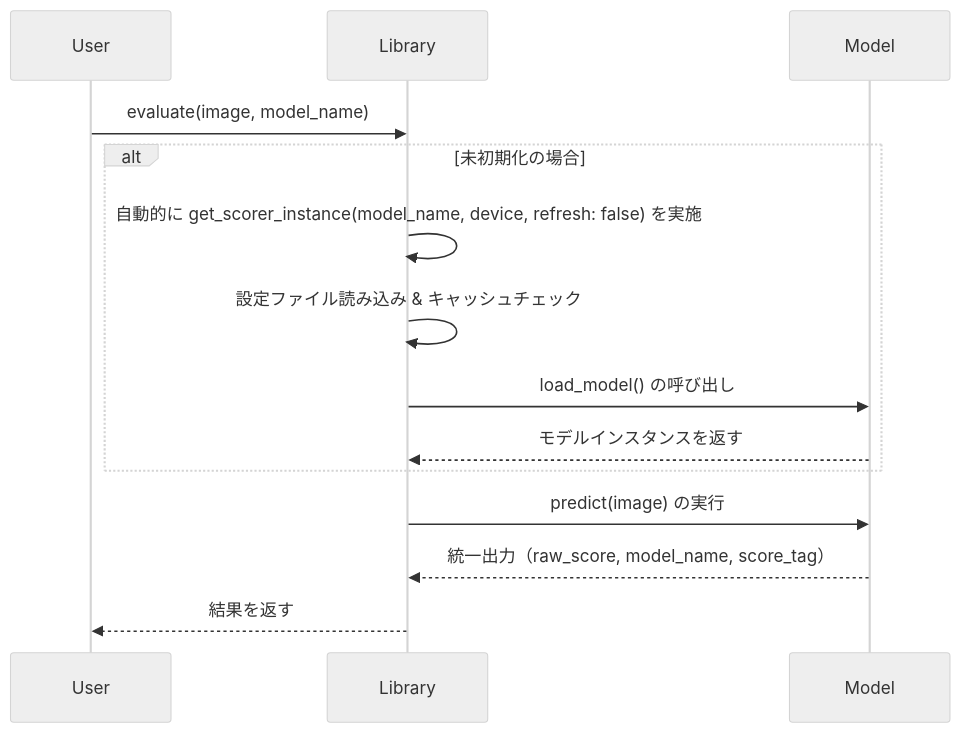
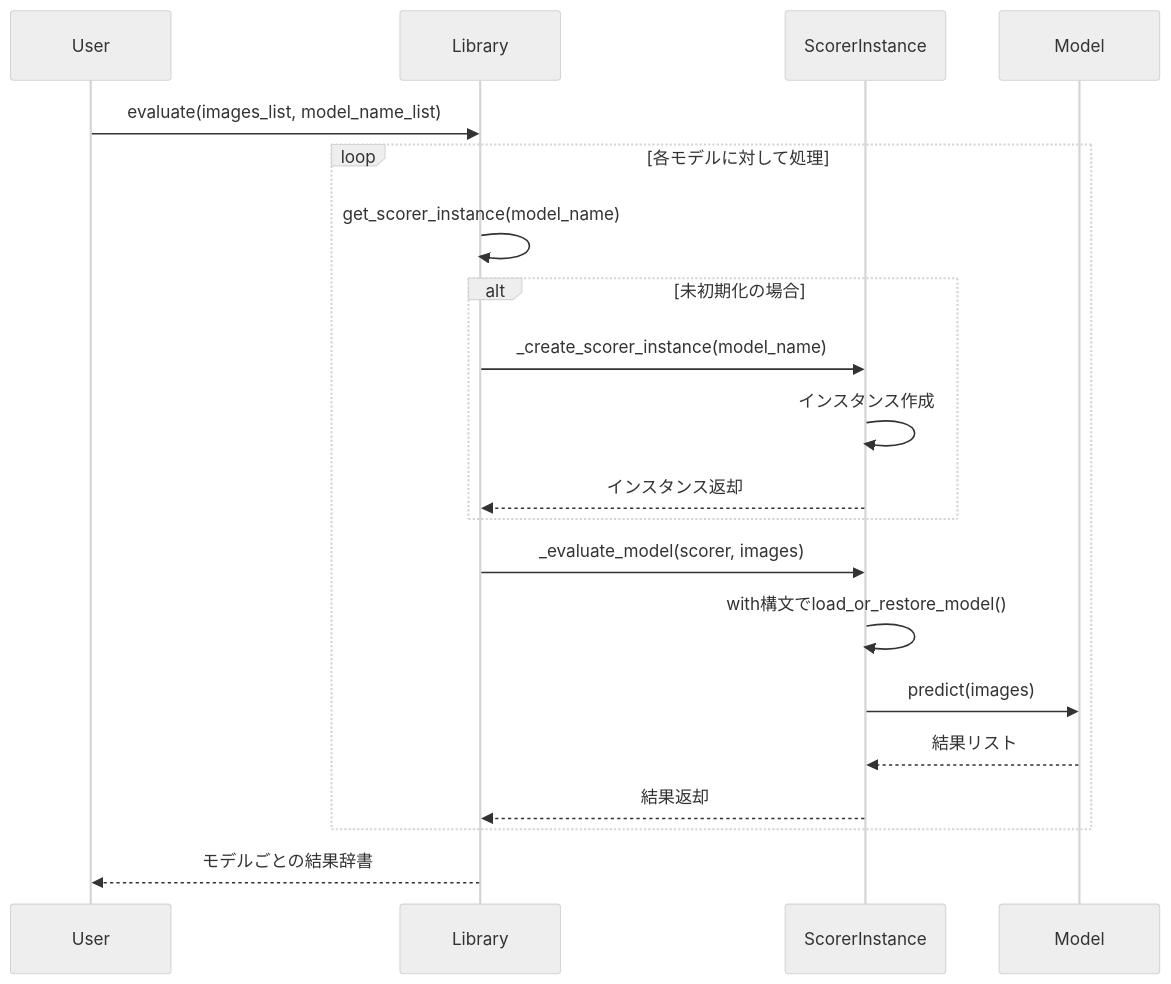
One commit to NEXTAltair/dataset-tag-editor-standalone changed the diagram in scorer-wrapper-lib/docs/Documentation_Scorer_Wrapper.md. Above: the diagram before and after it, drawn with Mermaid (neutral theme). The commit also changed other lines of this file and 1 other file, not shown here.

````diff
--- a/scorer-wrapper-lib/docs/Documentation_Scorer_Wrapper.md
+++ b/scorer-wrapper-lib/docs/Documentation_Scorer_Wrapper.md
@@ -58,17 +68,23 @@
 ```mermaid
 sequenceDiagram
     participant User
     participant Library
+    participant ScorerInstance
     participant Model
 
-    User->>Library: evaluate(image, model_name)
-    alt 未初期化の場合
-        Library->>Library: 自動的に get_scorer_instance(model_name, device, refresh: false) を実施
-        Library->>Library: 設定ファイル読み込み & キャッシュチェック
-        Library->>Model: load_model() の呼び出し
-        Model-->>Library: モデルインスタンスを返す
+    User->>Library: evaluate(images_list, model_name_list)
+    loop 各モデルに対して処理
+        Library->>Library: get_scorer_instance(model_name)
+        alt 未初期化の場合
+            Library->>ScorerInstance: _create_scorer_instance(model_name)
+            ScorerInstance->>ScorerInstance: インスタンス作成
+            ScorerInstance-->>Library: インスタンス返却
+        end
+        Library->>ScorerInstance: _evaluate_model(scorer, images)
+        ScorerInstance->>ScorerInstance: with構文でload_or_restore_model()
+        ScorerInstance->>Model: predict(images)
+        Model-->>ScorerInstance: 結果リスト
+        ScorerInstance-->>Library: 結果返却
     end
-    Library->>Model: predict(image) の実行
-    Model-->>Library: 統一出力（raw_score, model_name, score_tag）
-    Library-->>User: 結果を返す
+    Library-->>User: モデルごとの結果辞書
 ```
````
